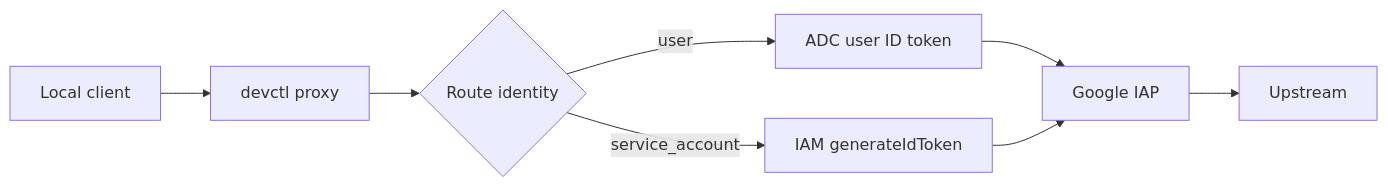
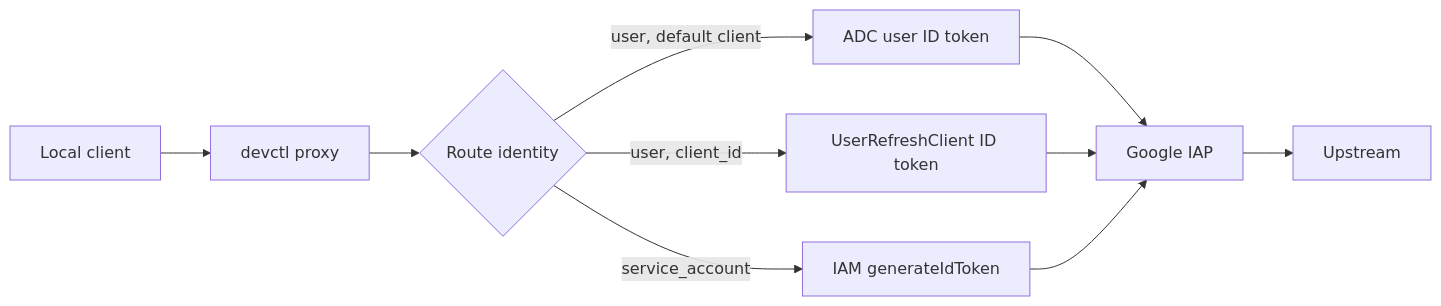
One commit to amr-m-abdelgawad/devctl changed the diagram in docs/iap.md. Above: the diagram before and after it, drawn with Mermaid. The commit also changed other lines of this file and 34 other files, not shown here.

First line of the commit message:
feat: add optional IAP OAuth client support

````diff
--- a/docs/iap.md
+++ b/docs/iap.md
@@ -24,10 +40,12 @@
 ```mermaid
 flowchart LR
   client["Local client"] --> proxy["devctl proxy"]
   proxy --> ident{"Route identity"}
-  ident -->|user| adc["ADC user ID token"]
+  ident -->|user, default client| adc["ADC user ID token"]
+  ident -->|user, client_id| oauth["UserRefreshClient ID token"]
   ident -->|service_account| iam["IAM generateIdToken"]
   adc --> iap["Google IAP"]
+  oauth --> iap
   iam --> iap
   iap --> up["Upstream"]
 ```
````
